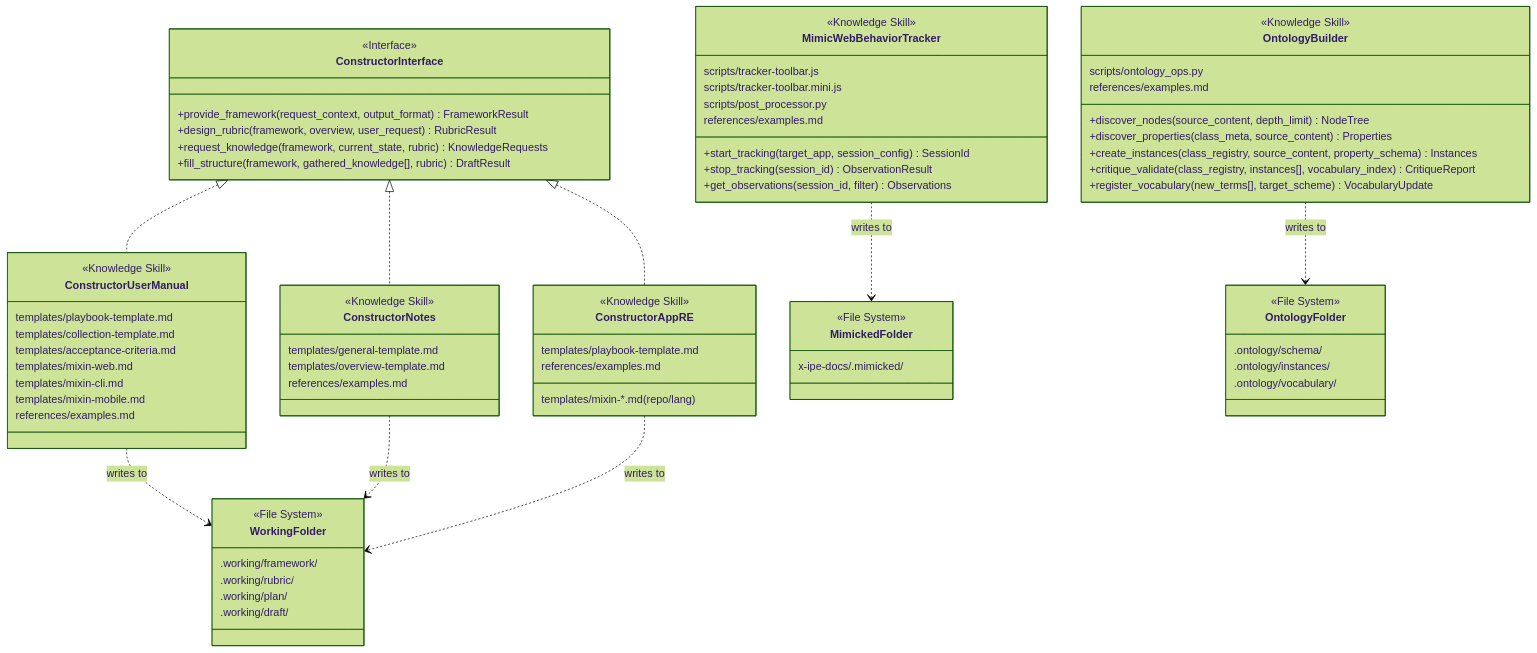
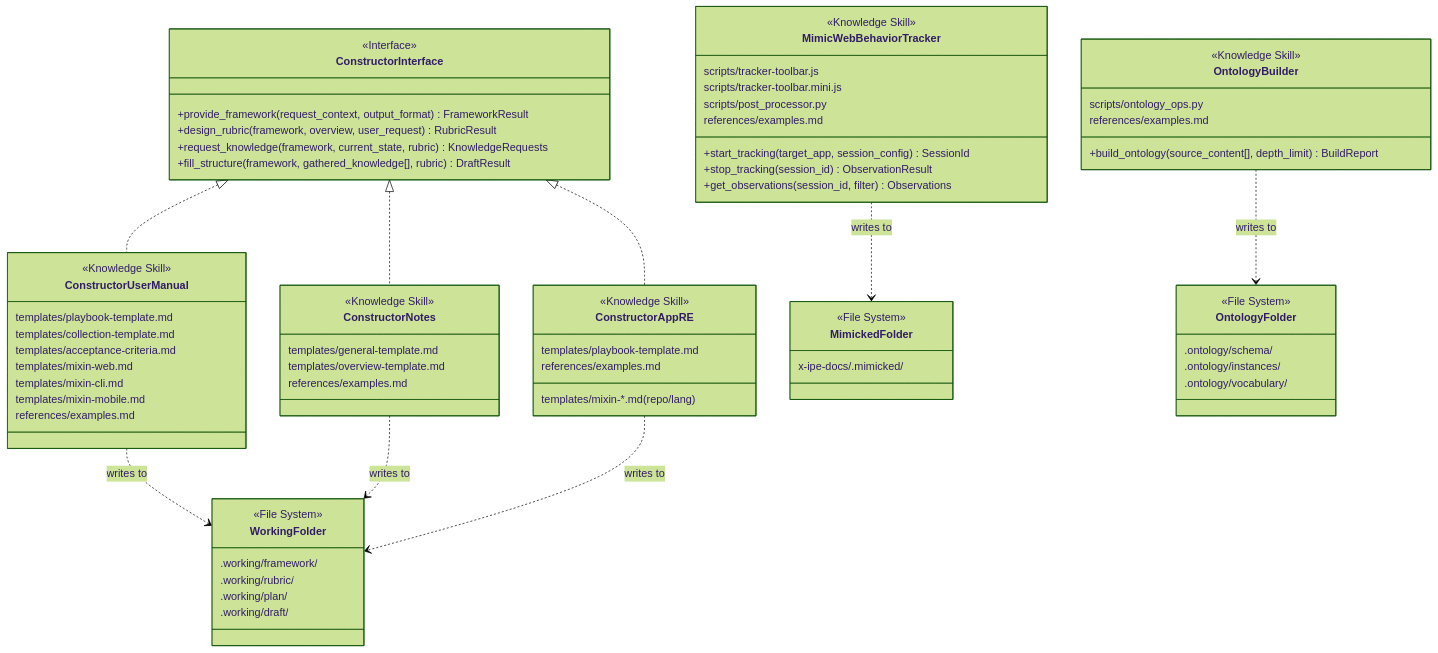
Before and after one commit to Young-Z/X-IPE: the fourth of 4 diagrams in x-ipe-docs/requirements/EPIC-059/FEATURE-059-C/technical-design.md, drawn with Mermaid (forest theme). The commit also changed other lines of this file and 3 other files, not shown here.

First line of the commit message:
feat(ontology-builder): redesign to single build_ontology operation

```diff
--- a/x-ipe-docs/requirements/EPIC-059/FEATURE-059-C/technical-design.md
+++ b/x-ipe-docs/requirements/EPIC-059/FEATURE-059-C/technical-design.md
@@ -295,11 +304,7 @@
 
     class OntologyBuilder {
         <<Knowledge Skill>>
-        +discover_nodes(source_content, depth_limit) NodeTree
-        +discover_properties(class_meta, source_content) Properties
-        +create_instances(class_registry, source_content, property_schema) Instances
-        +critique_validate(class_registry, instances[], vocabulary_index) CritiqueReport
-        +register_vocabulary(new_terms[], target_scheme) VocabularyUpdate
+        +build_ontology(source_content[], depth_limit) BuildReport
         scripts/ontology_ops.py
         references/examples.md
     }
```
